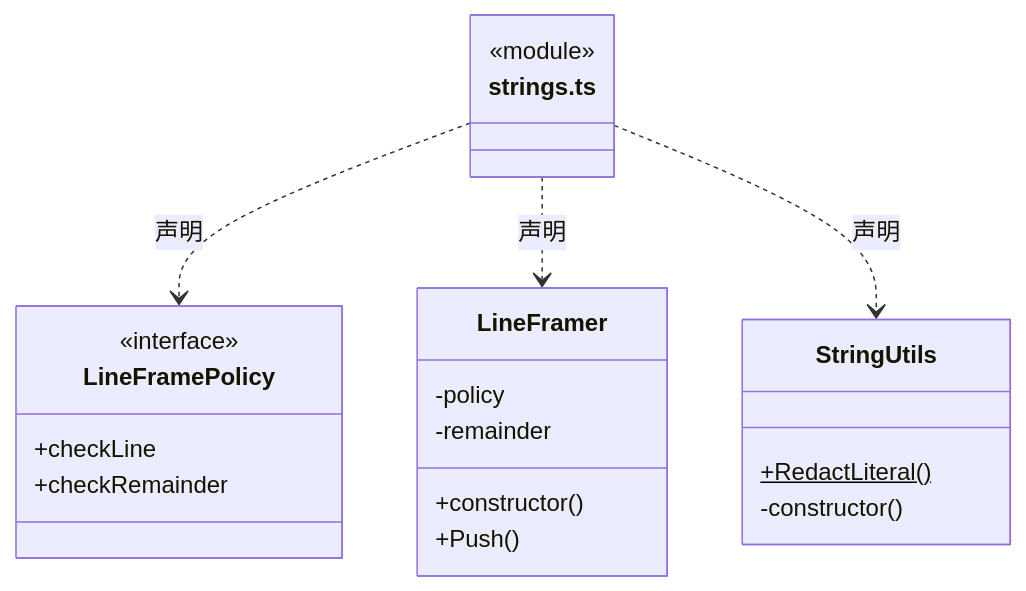
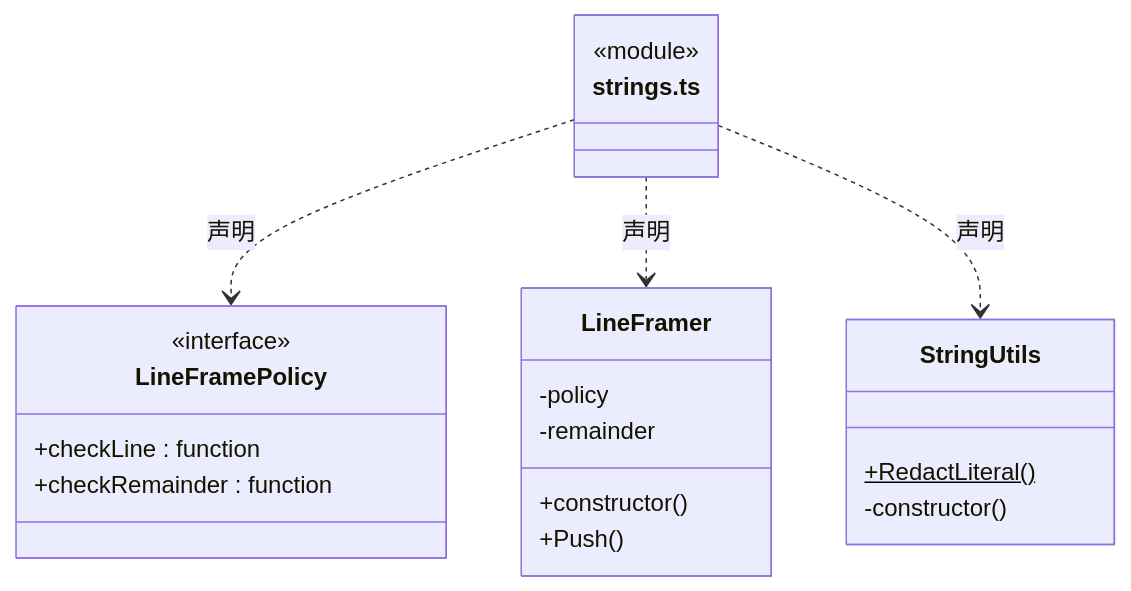
Before and after one commit to nan023062/cbim: the sixth of 8 diagrams in src/core/utility/ARCHITECTURE.md, drawn with Mermaid. The commit also changed other lines of this file and 137 other files, not shown here.

Commit message:
fix: align architecture generator with documentation standards

````diff
--- a/src/core/utility/ARCHITECTURE.md
+++ b/src/core/utility/ARCHITECTURE.md
@@ -310,24 +322,24 @@
 ```mermaid
 classDiagram
 class N_src_core_utility_strings_ts["strings.ts"] {
   <<module>>
 }
 class N_src_core_utility_strings_ts_LineFramePolicy["LineFramePolicy"] {
   <<interface>>
-  +checkLine
-  +checkRemainder
+  +checkLine : function
+  +checkRemainder : function
 }
 N_src_core_utility_strings_ts ..> N_src_core_utility_strings_ts_LineFramePolicy : 声明
 class N_src_core_utility_strings_ts_LineFramer["LineFramer"] {
   +constructor()
   +Push()
   -policy
   -remainder
 }
 N_src_core_utility_strings_ts ..> N_src_core_utility_strings_ts_LineFramer : 声明
 class N_src_core_utility_strings_ts_StringUtils["StringUtils"] {
   +RedactLiteral()$
   -constructor()
 }
 N_src_core_utility_strings_ts ..> N_src_core_utility_strings_ts_StringUtils : 声明
 ```
````
